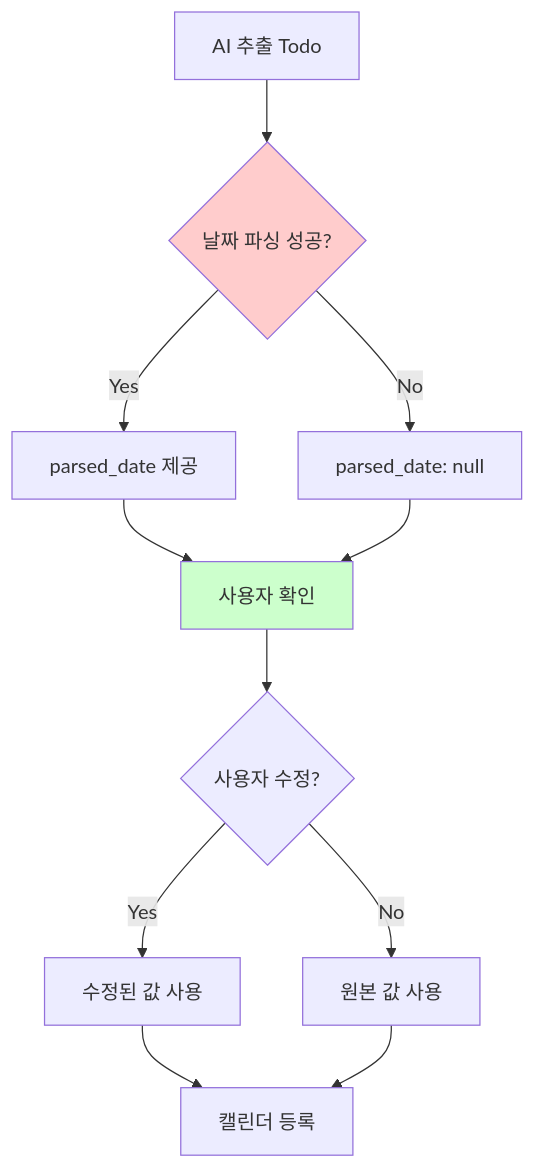
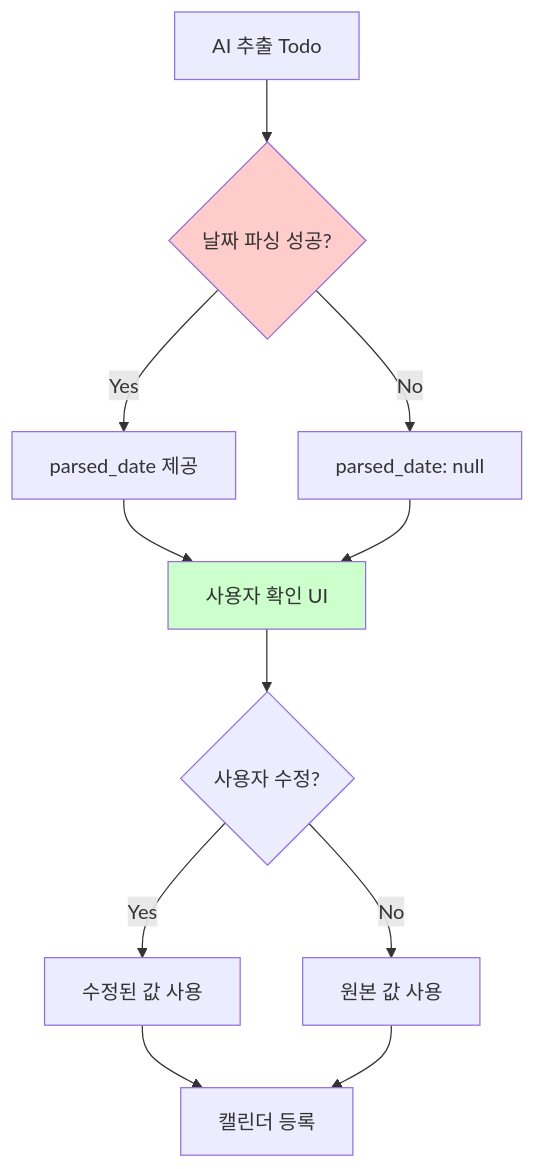
The third of 9 diagrams in docs/COMMUNICATION_FLOW.md (gun9212/2025Winter_4th), drawn with Mermaid before and after one commit. The commit also changed other lines of this file and 3 other files, not shown here.

Commit message:
"fix: API, DB스키마, Celery Task, 추가 기능 FLOW 마크다운 파일 최신화 반영"

````diff
--- a/docs/COMMUNICATION_FLOW.md
+++ b/docs/COMMUNICATION_FLOW.md
@@ -123,19 +157,19 @@
 ```mermaid
 flowchart TD
     A[AI 추출 Todo] --> B{날짜 파싱 성공?}
     B -->|Yes| C[parsed_date 제공]
     B -->|No| D[parsed_date: null]
-    
-    C --> E[사용자 확인]
+
+    C --> E[사용자 확인 UI]
     D --> E
-    
+
     E --> F{사용자 수정?}
     F -->|Yes| G[수정된 값 사용]
     F -->|No| H[원본 값 사용]
-    
+
     G --> I[캘린더 등록]
     H --> I
-    
+
     style B fill:#ffcccc
     style E fill:#ccffcc
 ```
````
